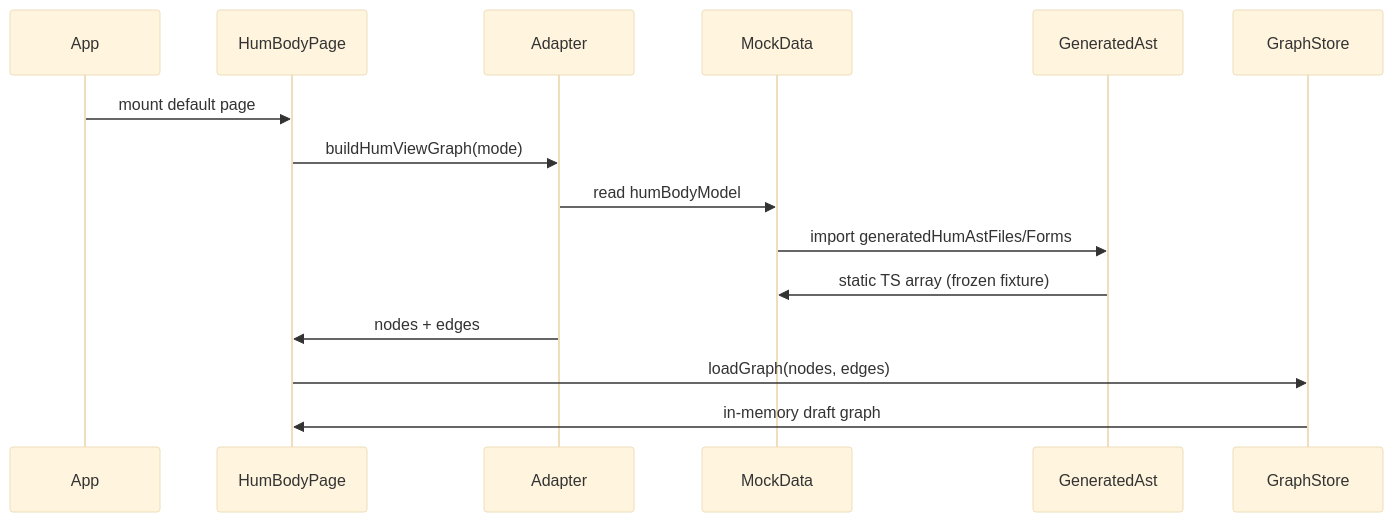
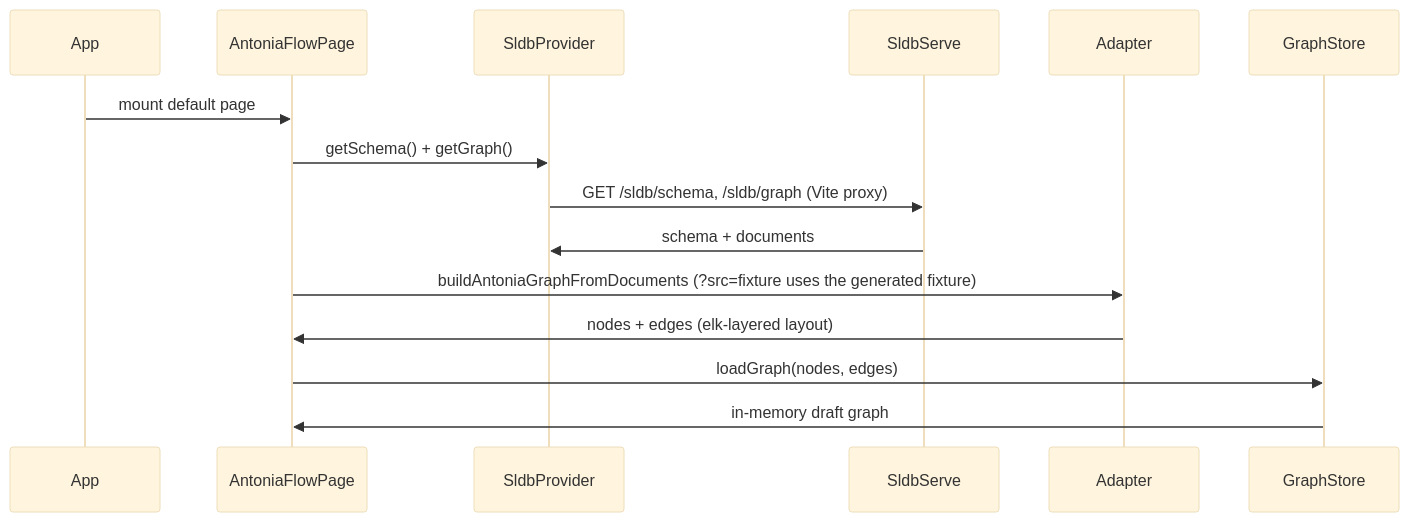
Before and after one commit to jpcosec/graph_ui: the diagram in docs/diagrams/sequence.data-load.mmd, drawn with Mermaid (base theme). The commit also changed 8 other files, not shown here.

First line of the commit message:
specs: las fuentes de los atoms dejan de describir la vista HUM

```diff
--- a/docs/diagrams/sequence.data-load.mmd
+++ b/docs/diagrams/sequence.data-load.mmd
@@ -1,15 +1,16 @@
+%% spec2viz: generated from docs/specs/sequence.data-load.yml; do not edit, run `spec2viz diagram validate docs/specs/sequence.data-load.yml` and re-render
 sequenceDiagram
     participant App
-    participant HumBodyPage
+    participant AntoniaFlowPage
+    participant SldbProvider
+    participant SldbServe
     participant Adapter
-    participant MockData
-    participant GeneratedAst
     participant GraphStore
-    App->>HumBodyPage: mount default page
-    HumBodyPage->>Adapter: buildHumViewGraph(mode)
-    Adapter->>MockData: read humBodyModel
-    MockData->>GeneratedAst: import generatedHumAstFiles/Forms
-    GeneratedAst->>MockData: static TS array (frozen fixture)
-    Adapter->>HumBodyPage: nodes + edges
-    HumBodyPage->>GraphStore: loadGraph(nodes, edges)
-    GraphStore->>HumBodyPage: in-memory draft graph
+    App->>AntoniaFlowPage: mount default page
+    AntoniaFlowPage->>SldbProvider: getSchema() + getGraph()
+    SldbProvider->>SldbServe: GET /sldb/schema, /sldb/graph (Vite proxy)
+    SldbServe->>SldbProvider: schema + documents
+    AntoniaFlowPage->>Adapter: buildAntoniaGraphFromDocuments (?src=fixture uses the generated fixture)
+    Adapter->>AntoniaFlowPage: nodes + edges (elk-layered layout)
+    AntoniaFlowPage->>GraphStore: loadGraph(nodes, edges)
+    GraphStore->>AntoniaFlowPage: in-memory draft graph
```
